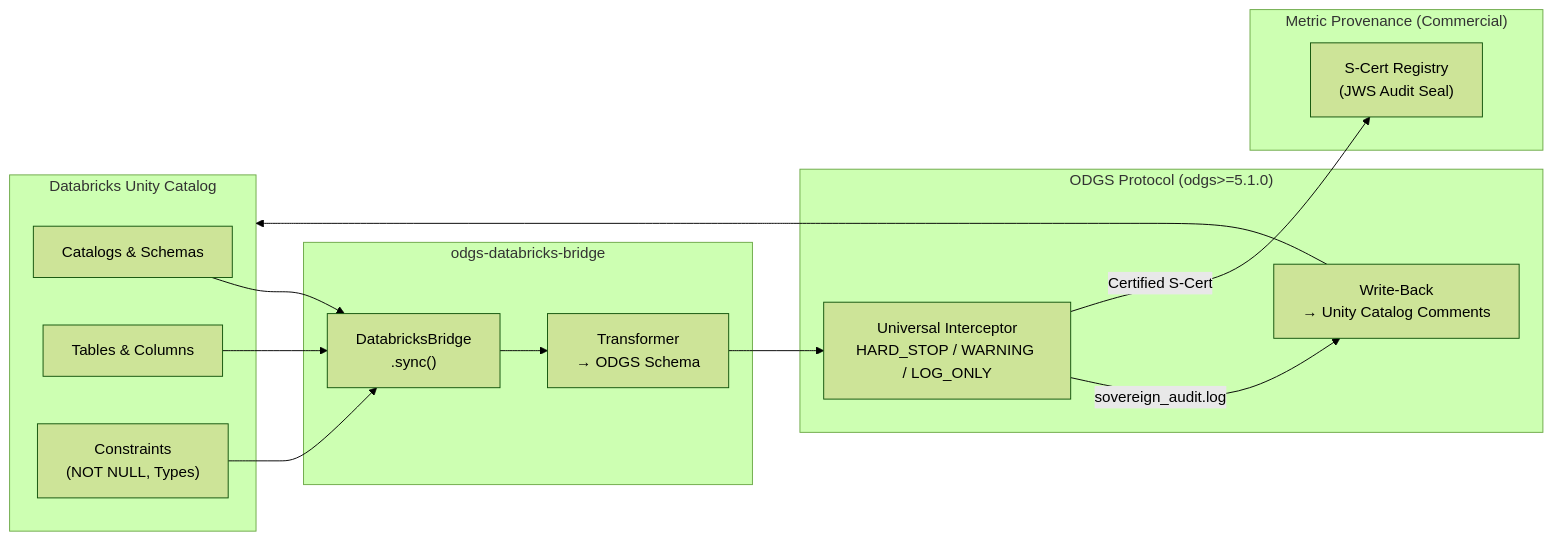
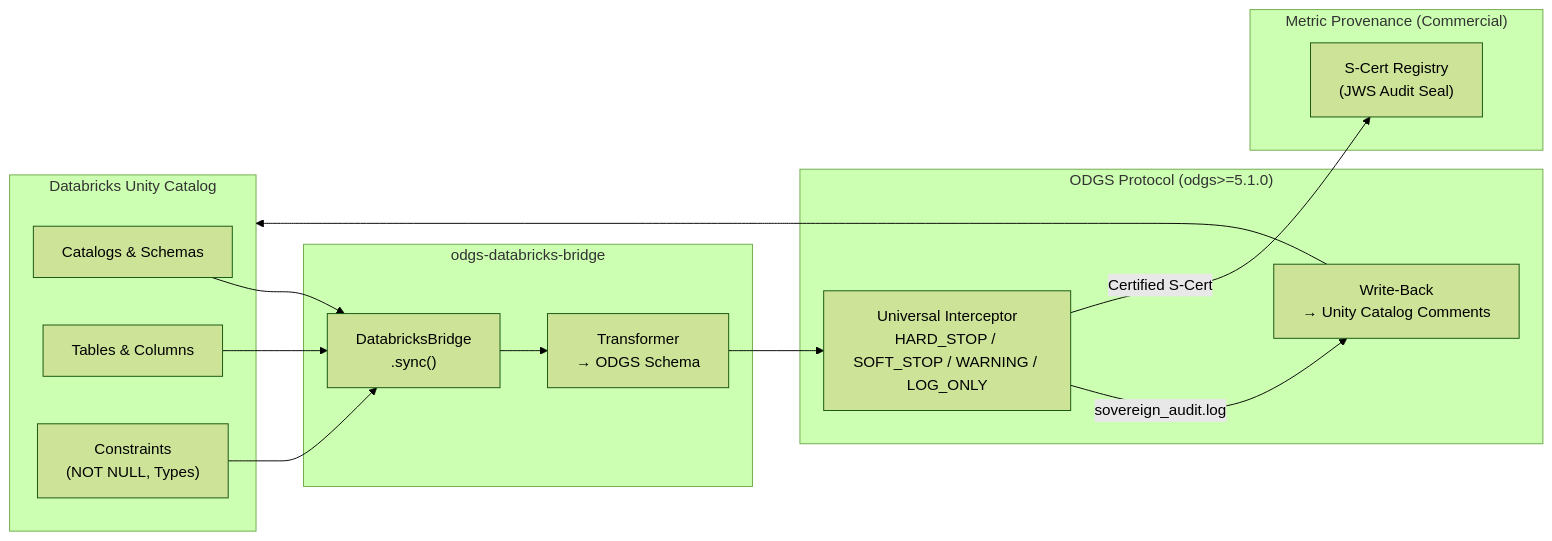
The diagram in README.md (MetricProvenance/odgs-databricks-bridge), drawn with Mermaid (forest theme) before and after one commit. The commit also changed other lines of this file and 6 other files, not shown here.

````diff
--- a/README.md
+++ b/README.md
@@ -20,26 +20,26 @@
 ```mermaid
 flowchart LR
     subgraph UC["Databricks Unity Catalog"]
         CAT["Catalogs & Schemas"]
         TBL["Tables & Columns"]
         CON["Constraints\n(NOT NULL, Types)"]
     end
 
     subgraph Bridge["odgs-databricks-bridge"]
         T["DatabricksBridge\n.sync()"]
         TR["Transformer\n→ ODGS Schema"]
     end
 
     subgraph ODGS["ODGS Protocol (odgs>=5.1.0)"]
-        I["Universal Interceptor\nHARD_STOP / WARNING / LOG_ONLY"]
+        I["Universal Interceptor\nHARD_STOP / SOFT_STOP / WARNING / LOG_ONLY"]
         WB["Write-Back\n→ Unity Catalog Comments"]
     end
 
     subgraph MP["Metric Provenance (Commercial)"]
         SC["S-Cert Registry\n(JWS Audit Seal)"]
     end
 
     CAT & TBL & CON --> T --> TR --> I
     I -->|"sovereign_audit.log"| WB --> UC
     I -->|"Certified S-Cert"| SC
 ```
````
